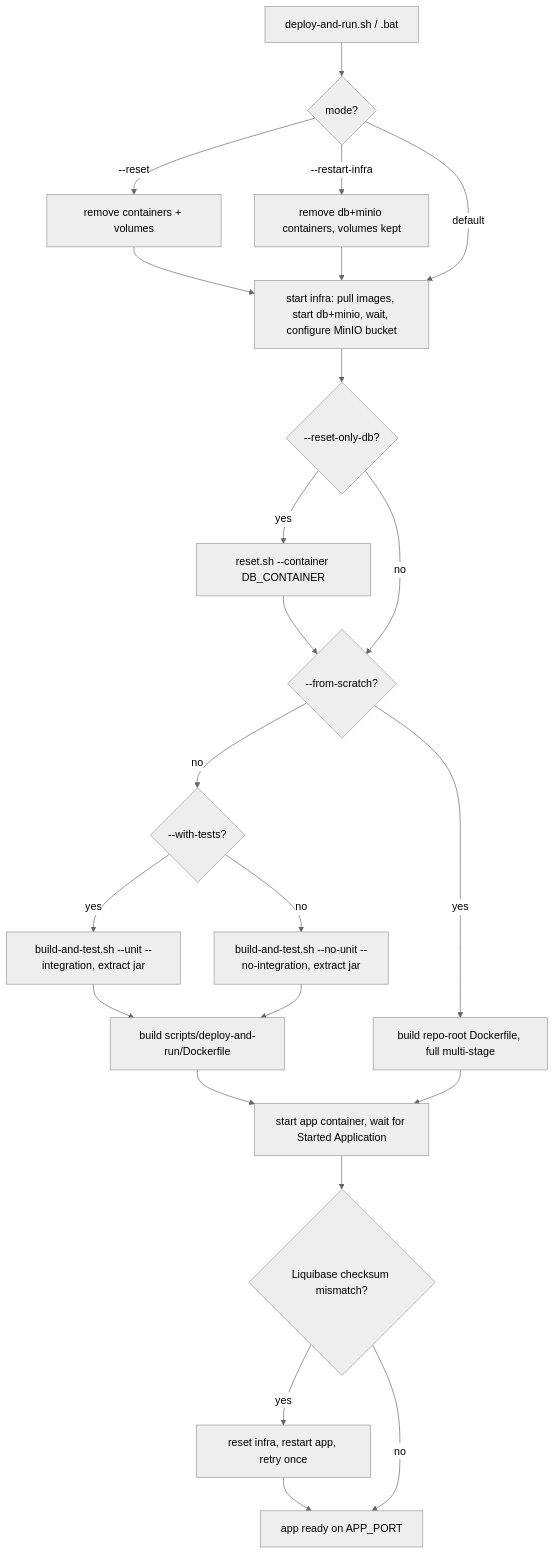
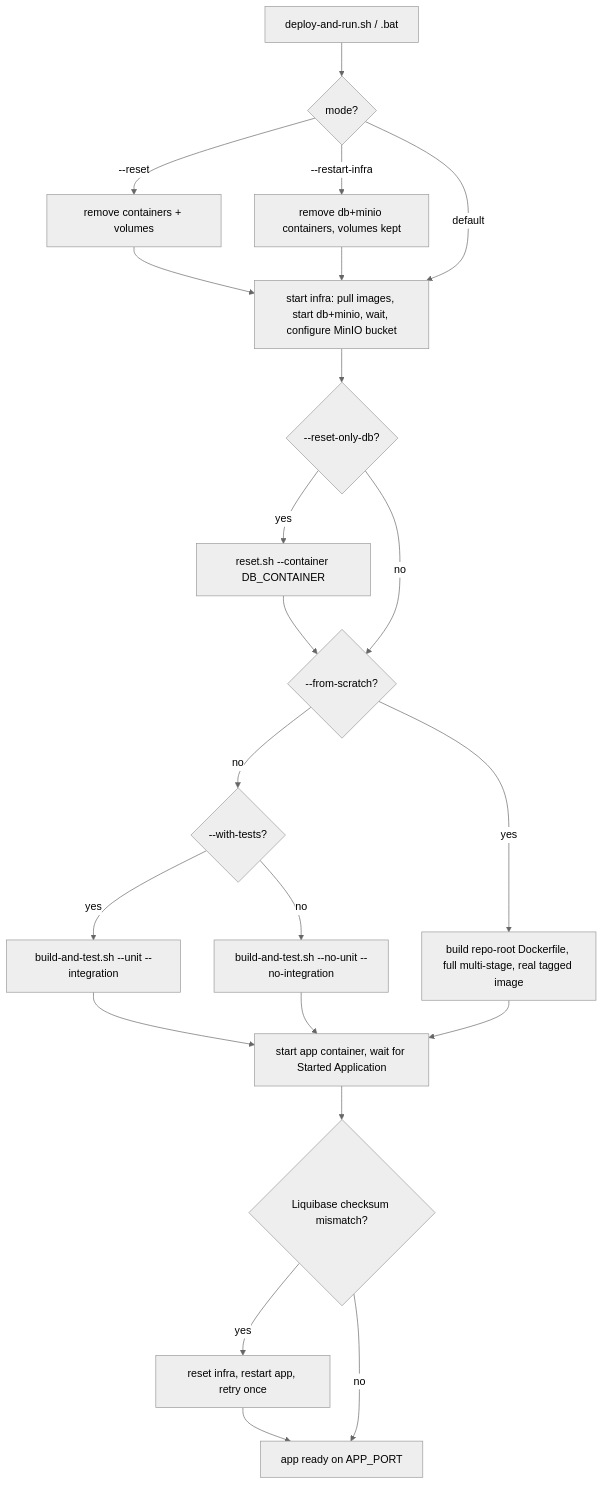
Before and after one commit to OstMutant/Advertisement: the first of 2 diagrams in scripts/deploy-and-run/README.md, drawn with Mermaid (neutral theme). The commit also changed other lines of this file and 13 other files, not shown here.

````diff
--- a/scripts/deploy-and-run/README.md
+++ b/scripts/deploy-and-run/README.md
@@ -28,19 +30,18 @@
 ```mermaid
 flowchart TD
     A[deploy-and-run.sh / .bat] --> B{mode?}
     B -->|--reset| B1[remove containers + volumes] --> C
     B -->|--restart-infra| B2[remove db+minio containers, volumes kept] --> C
     B -->|default| C[start infra: pull images, start db+minio, wait, configure MinIO bucket]
     C --> D{--reset-only-db?}
     D -->|yes| D1[reset.sh --container DB_CONTAINER] --> E
     D -->|no| E{--from-scratch?}
     E -->|no| E2{--with-tests?}
-    E2 -->|yes| E1a[build-and-test.sh --unit --integration, extract jar] --> F1[build scripts/deploy-and-run/Dockerfile]
-    E2 -->|no| E1b[build-and-test.sh --no-unit --no-integration, extract jar] --> F1
-    E -->|yes| F2[build repo-root Dockerfile, full multi-stage]
-    F1 --> G[start app container, wait for Started Application]
-    F2 --> G
+    E2 -->|yes| E1a[build-and-test.sh --unit --integration] --> G
+    E2 -->|no| E1b[build-and-test.sh --no-unit --no-integration] --> G
+    E -->|yes| F2[build repo-root Dockerfile, full multi-stage, real tagged image] --> G
+    G[start app container, wait for Started Application]
     G --> H{Liquibase checksum mismatch?}
     H -->|yes| H1[reset infra, restart app, retry once] --> I[app ready on APP_PORT]
     H -->|no| I
 ```
````
